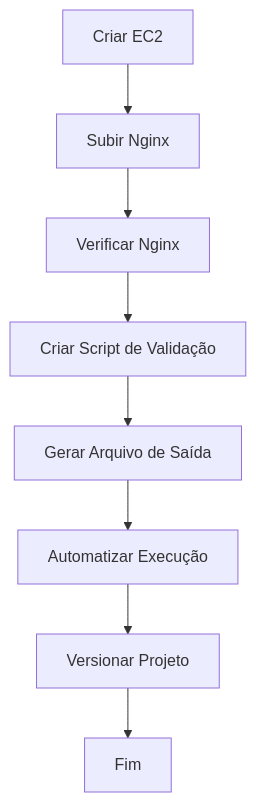
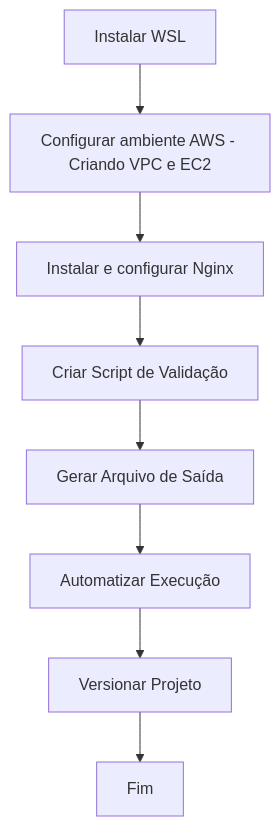
The diagram in Projeto-linux/README.md (isabelaleeite/compassdevsecops), drawn with Mermaid before and after one commit. The commit also changed other lines of this file, not shown here.

````diff
--- a/Projeto-linux/README.md
+++ b/Projeto-linux/README.md
@@ -42,10 +43,10 @@
 ```mermaid
 graph TD
-    A[Criar EC2] --> B[Subir Nginx]
-    B --> C[Verificar Nginx]
+    A[Instalar WSL] --> B[Configurar ambiente AWS - Criando VPC e EC2]
+    B --> C[Instalar e configurar Nginx]
     C --> D[Criar Script de Validação]
     D --> E[Gerar Arquivo de Saída]
     E --> F[Automatizar Execução]
     F --> G[Versionar Projeto]
     G --> H[Fim]
 ```
````
